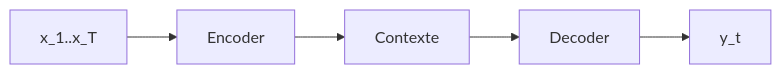
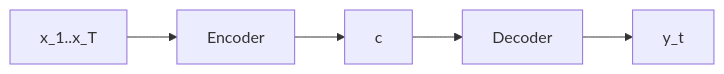
The ninth of 17 diagrams in 001.Attention.md (rioultf/llmapp), drawn with Mermaid before and after one commit. The commit also changed other lines of this file, not shown here.

Commit message:
docs: clarifie les formules en ASCII et ajoute les Mermaid

````diff
--- a/001.Attention.md
+++ b/001.Attention.md
@@ -113,7 +150,7 @@
 ```mermaid
 flowchart LR
     x[x_1..x_T] --> Enc[Encoder]
-    Enc --> c[Contexte]
+    Enc --> c[c]
     c --> Dec[Decoder]
     Dec --> y[y_t]
 ```
````
